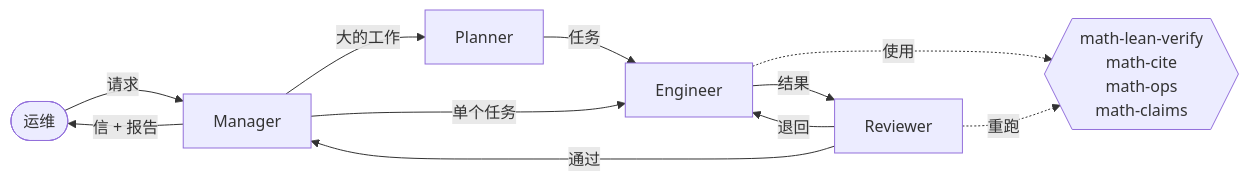
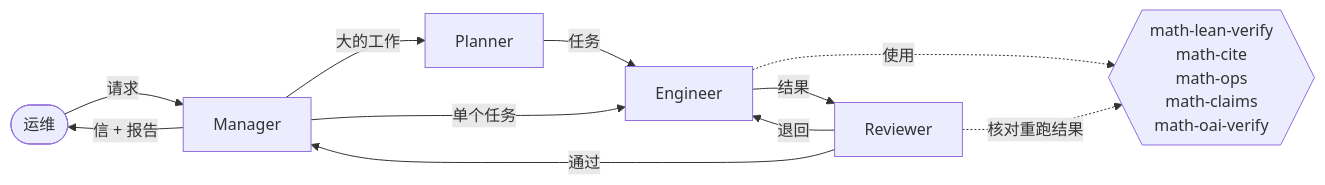
One commit to Argus-AiTeam/argus-counterexample-runtime changed the diagram in README.zh-CN.md. Above: the diagram before and after it, drawn with Mermaid. The commit also changed other lines of this file and 3 other files, not shown here.

````diff
--- a/README.zh-CN.md
+++ b/README.zh-CN.md
@@ -40,13 +40,13 @@
 ```mermaid
 flowchart LR
   O([运维]) -- 请求 --> M[Manager]
   M -- 大的工作 --> P[Planner]
   P -- 任务 --> E[Engineer]
   M -- 单个任务 --> E
   E -- 结果 --> R[Reviewer]
   R -- 退回 --> E
   R -- 通过 --> M
   M -- 信 + 报告 --> O
-  E -. 使用 .-> T{{math-lean-verify<br/>math-cite<br/>math-ops<br/>math-claims}}
-  R -. 重跑 .-> T
+  E -. 使用 .-> T{{math-lean-verify<br/>math-cite<br/>math-ops<br/>math-claims<br/>math-oai-verify}}
+  R -. 核对重跑结果 .-> T
 ```
````
